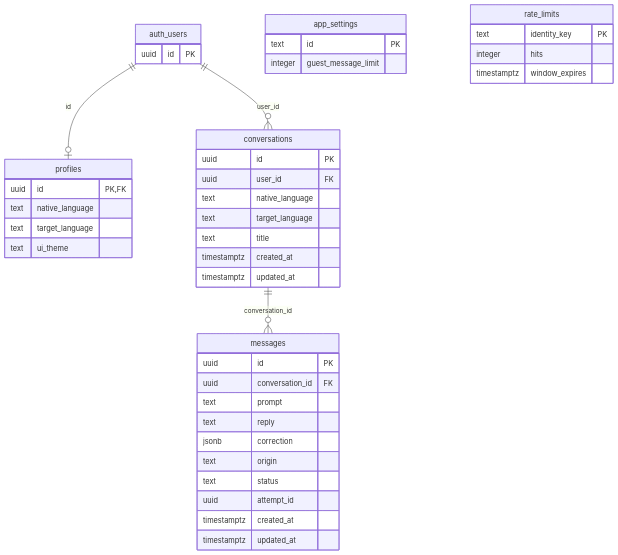
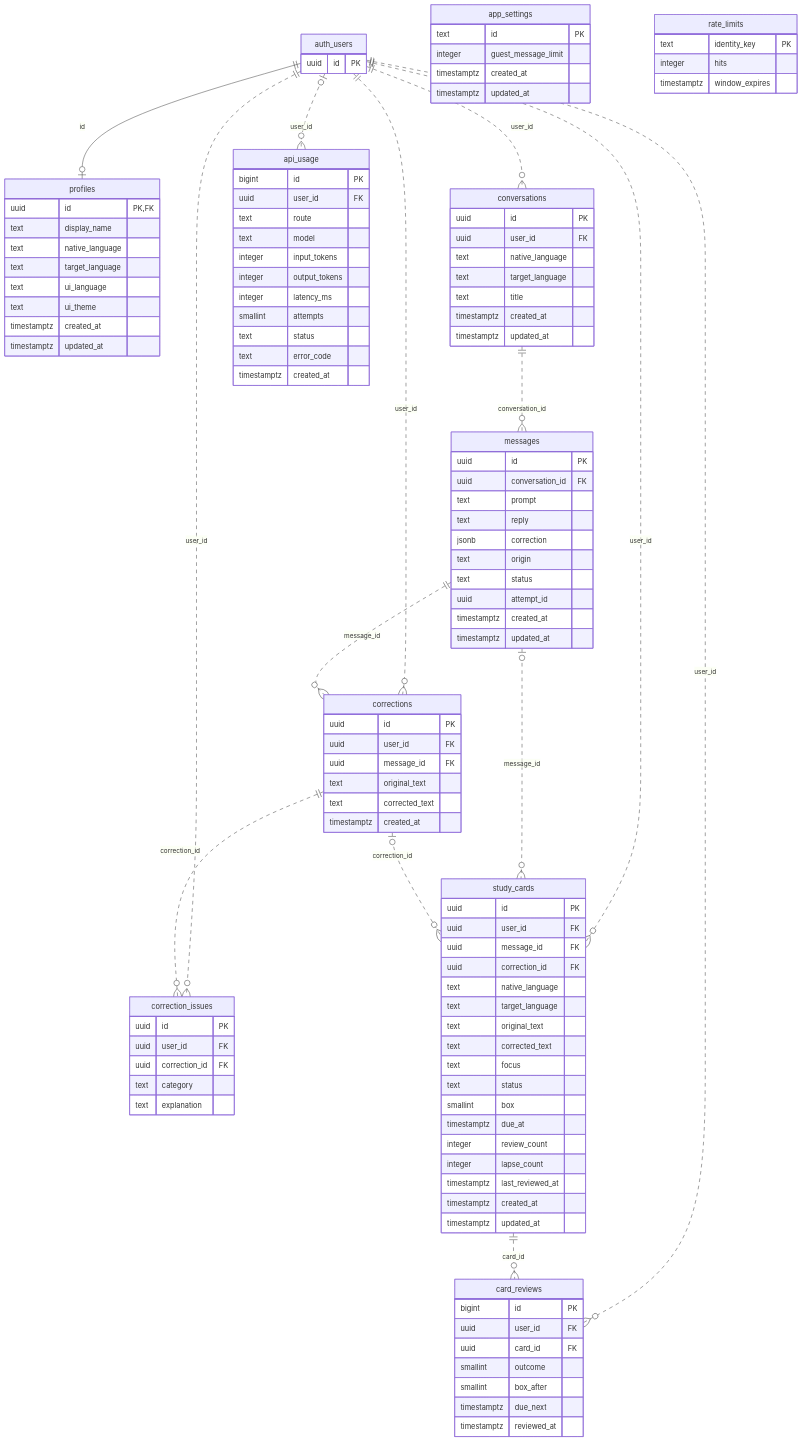
Before and after one commit to Yvesei/LangBot: the fifth of 5 diagrams in README.md, drawn with Mermaid. The commit also changed other lines of this file, not shown here.

Commit message:
Keep README chat persistence details concise

````diff
--- a/README.md
+++ b/README.md
@@ -271,21 +261,25 @@
     auth_users {
         uuid id PK
     }
-    profiles {
-        uuid id PK, FK
-        text native_language
-        text target_language
-        text ui_theme
-    }
+
     app_settings {
         text id PK
         integer guest_message_limit
+        timestamptz created_at
+        timestamptz updated_at
     }
-    rate_limits {
-        text identity_key PK
-        integer hits
-        timestamptz window_expires
+
+    profiles {
+        uuid id PK, FK
+        text display_name
+        text native_language
+        text target_language
+        text ui_language
+        text ui_theme
+        timestamptz created_at
+        timestamptz updated_at
     }
+
     conversations {
         uuid id PK
         uuid user_id FK
@@ -295,6 +289,7 @@
         timestamptz created_at
         timestamptz updated_at
     }
+
     messages {
         uuid id PK
         uuid conversation_id FK
@@ -307,7 +302,85 @@
         timestamptz created_at
         timestamptz updated_at
     }
+
+    corrections {
+        uuid id PK
+        uuid user_id FK
+        uuid message_id FK
+        text original_text
+        text corrected_text
+        timestamptz created_at
+    }
+
+    correction_issues {
+        uuid id PK
+        uuid user_id FK
+        uuid correction_id FK
+        text category
+        text explanation
+    }
+
+    study_cards {
+        uuid id PK
+        uuid user_id FK
+        uuid message_id FK
+        uuid correction_id FK
+        text native_language
+        text target_language
+        text original_text
+        text corrected_text
+        text focus
+        text status
+        smallint box
+        timestamptz due_at
+        integer review_count
+        integer lapse_count
+        timestamptz last_reviewed_at
+        timestamptz created_at
+        timestamptz updated_at
+    }
+
+    card_reviews {
+        bigint id PK
+        uuid user_id FK
+        uuid card_id FK
+        smallint outcome
+        smallint box_after
+        timestamptz due_next
+        timestamptz reviewed_at
+    }
+
+    rate_limits {
+        text identity_key PK
+        integer hits
+        timestamptz window_expires
+    }
+
+    api_usage {
+        bigint id PK
+        uuid user_id FK
+        text route
+        text model
+        integer input_tokens
+        integer output_tokens
+        integer latency_ms
+        smallint attempts
+        text status
+        text error_code
+        timestamptz created_at
+    }
+
     auth_users ||--o| profiles : id
-    auth_users ||--o{ conversations : user_id
-    conversations ||--o{ messages : conversation_id
+    auth_users ||..o{ conversations : user_id
+    conversations ||..o{ messages : conversation_id
+    auth_users ||..o{ corrections : user_id
+    messages ||..o{ corrections : message_id
+    auth_users ||..o{ correction_issues : user_id
+    corrections ||..o{ correction_issues : correction_id
+    auth_users ||..o{ study_cards : user_id
+    messages |o..o{ study_cards : message_id
+    corrections |o..o{ study_cards : correction_id
+    auth_users ||..o{ card_reviews : user_id
+    study_cards ||..o{ card_reviews : card_id
+    auth_users |o..o{ api_usage : user_id
 ```
````
